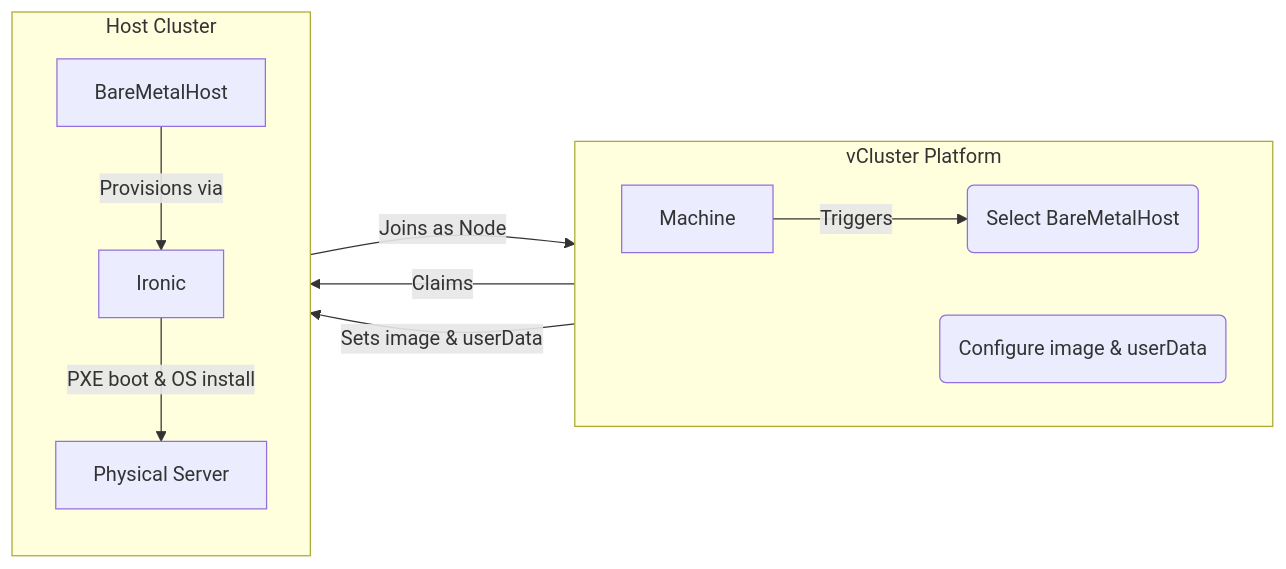
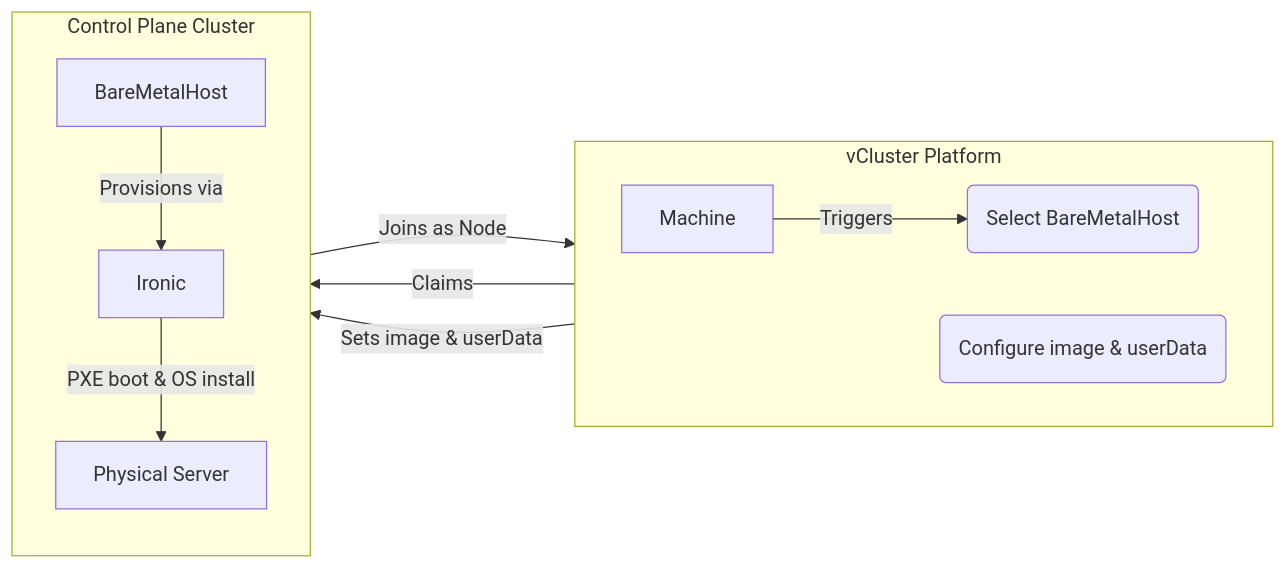
The diagram in platform/administer/node-providers/metal3.mdx (loft-sh/vcluster-docs), drawn with Mermaid before and after one commit. The commit also changed other lines of this file, not shown here.

````diff
--- a/platform/administer/node-providers/metal3.mdx
+++ b/platform/administer/node-providers/metal3.mdx
@@ -19,23 +19,23 @@
 ```mermaid
 flowchart LR
     subgraph platform["vCluster Platform"]
         direction LR
         Machine["Machine"]
         Select("Select BareMetalHost")
         Configure("Configure image & userData")
     end
 
-    subgraph host_cluster["Host Cluster"]
+    subgraph host_cluster["Control Plane Cluster"]
         direction TB
         BMH["BareMetalHost"]
         Ironic["Ironic"]
         Server["Physical Server"]
     end
 
     Machine -- "Triggers" --> Select
     Select -- "Claims" --> BMH
     Configure -- "Sets image & userData" --> BMH
     BMH -- "Provisions via" --> Ironic
     Ironic -- "PXE boot & OS install" --> Server
     Server -- "Joins as Node" --> Machine
 ```
````
